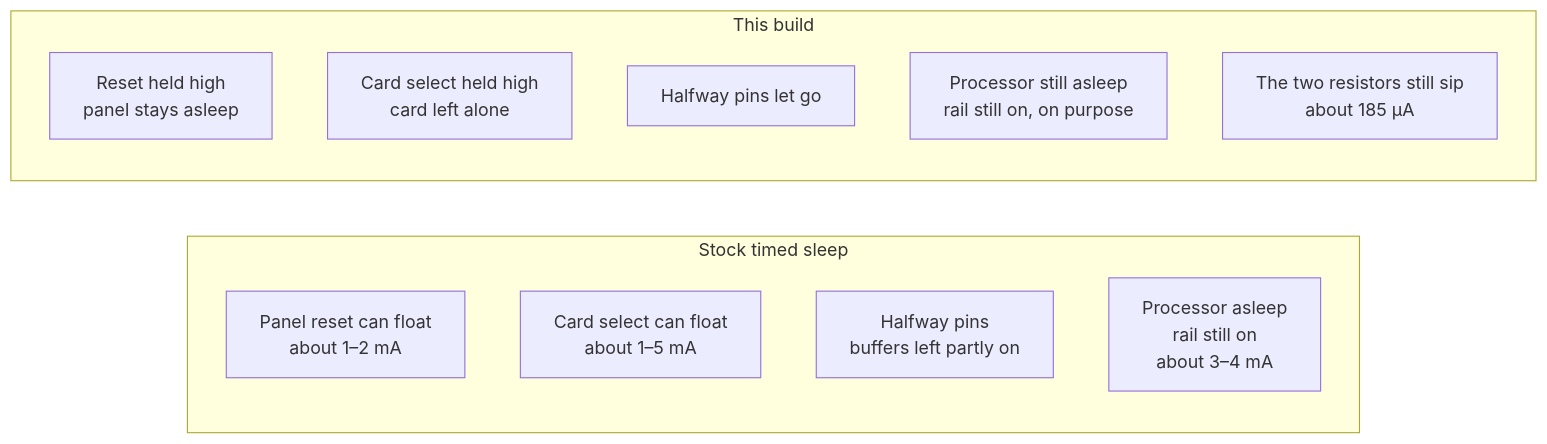
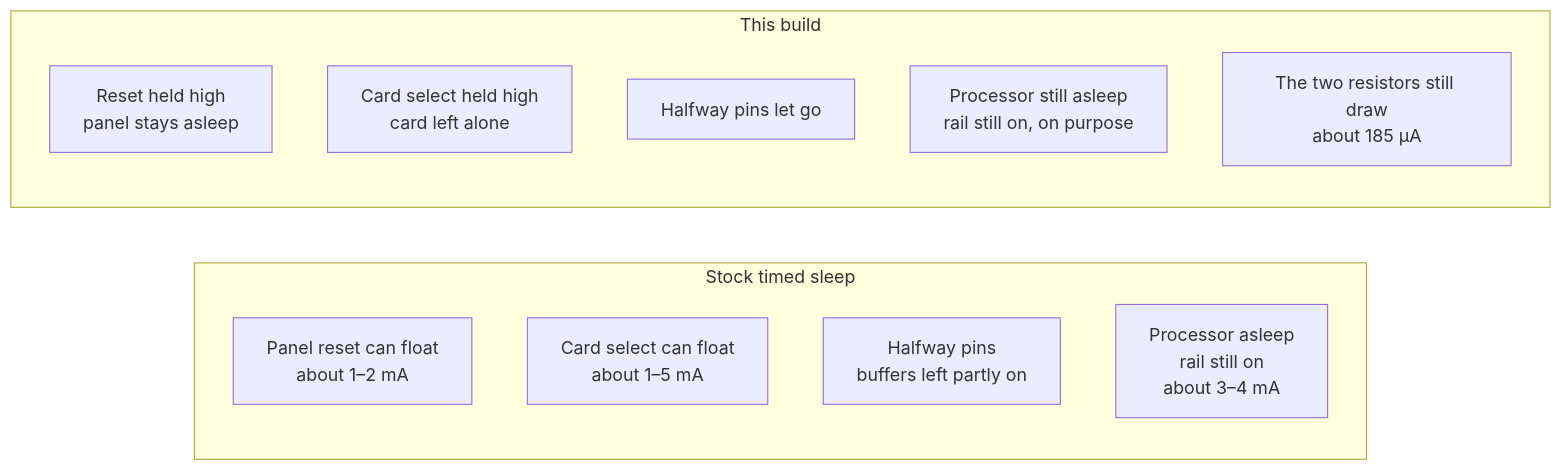
Before and after one commit to eulestadt/x4-calendar-firmware: the second of 4 diagrams in README.md, drawn with Mermaid. The commit also changed other lines of this file, not shown here.

````diff
--- a/README.md
+++ b/README.md
@@ -43,18 +43,18 @@
 ```mermaid
 flowchart LR
   subgraph before [Stock timed sleep]
     direction TB
     b1["Panel reset can float<br/>about 1–2 mA"]
     b2["Card select can float<br/>about 1–5 mA"]
     b3["Halfway pins<br/>buffers left partly on"]
     b4["Processor asleep<br/>rail still on<br/>about 3–4 mA"]
   end
   subgraph after [This build]
     direction TB
     a1["Reset held high<br/>panel stays asleep"]
     a2["Card select held high<br/>card left alone"]
     a3["Halfway pins let go"]
     a4["Processor still asleep<br/>rail still on, on purpose"]
-    a5["The two resistors still sip<br/>about 185 µA"]
+    a5["The two resistors still draw<br/>about 185 µA"]
   end
 ```
````
